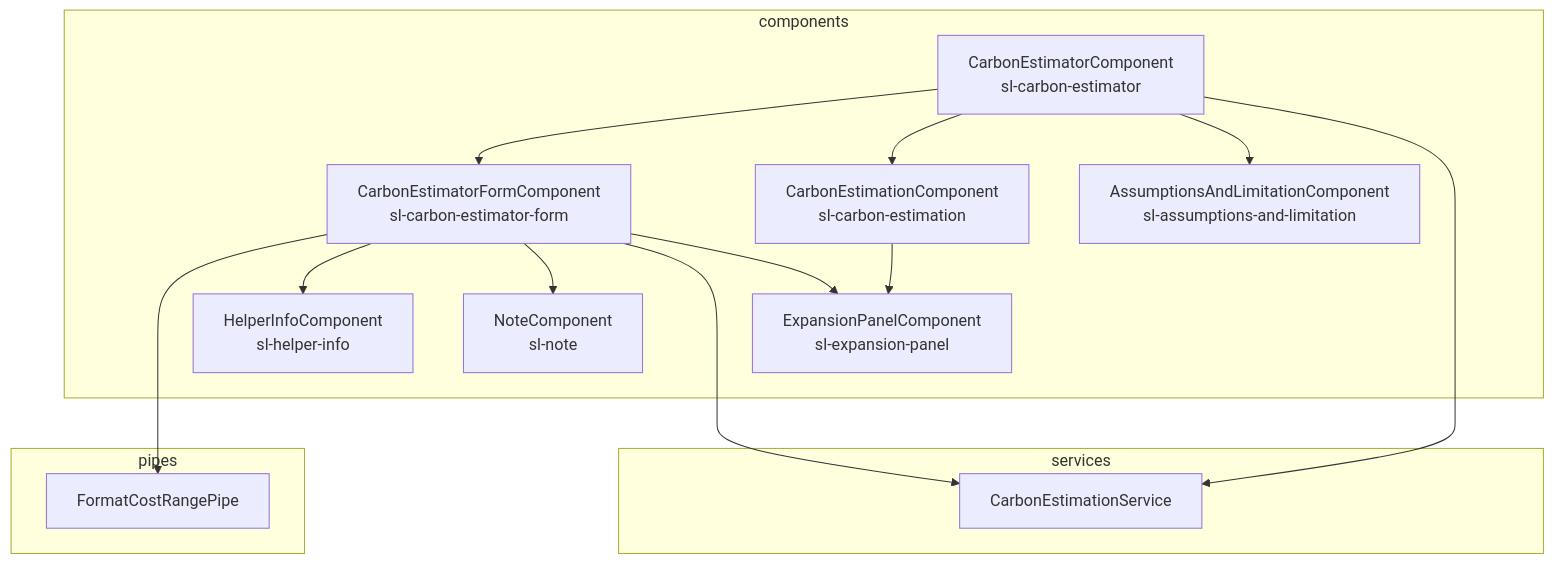
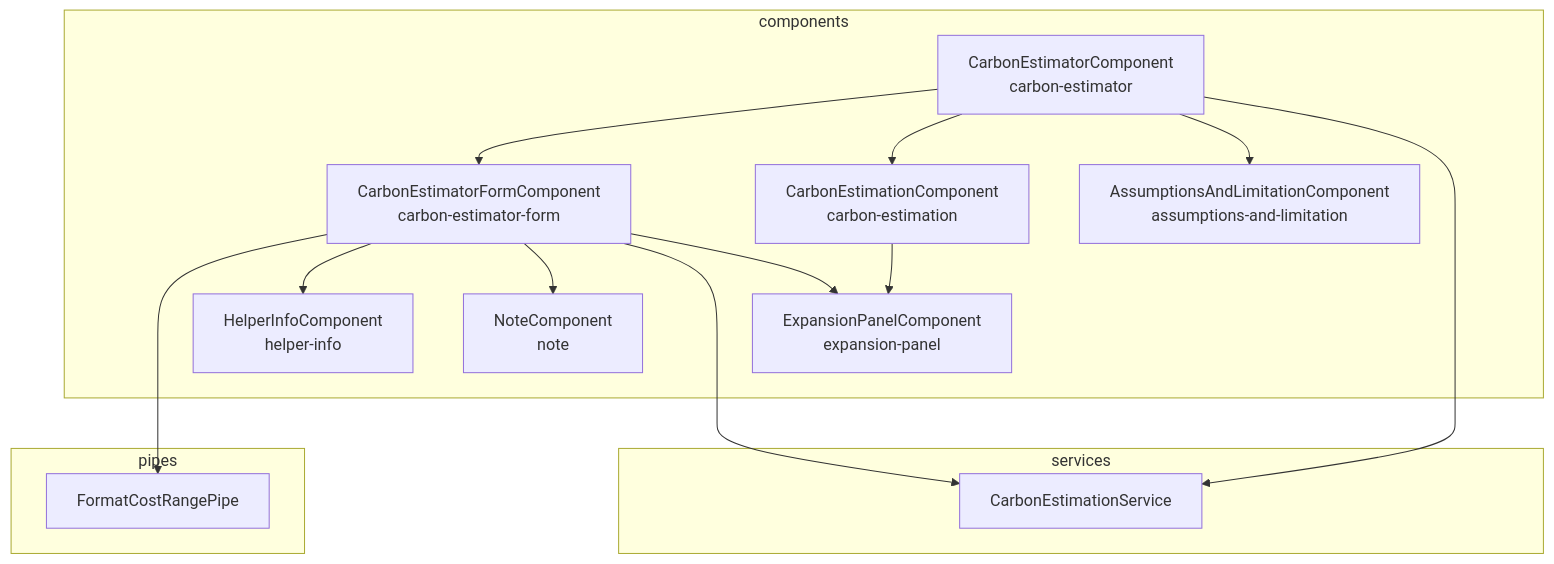
The diagram in docs/components.md (ScottLogic/sl-tech-carbon-estimator), drawn with Mermaid before and after one commit.

Commit message:
Remove sl prefix from docs

````diff
--- a/docs/components.md
+++ b/docs/components.md
@@ -5,31 +5,31 @@
 ```mermaid
 flowchart TB
   subgraph components
     CarbonEstimator["`CarbonEstimatorComponent
-    sl-carbon-estimator`"]
+    carbon-estimator`"]
     CarbonEstimatorForm["`CarbonEstimatorFormComponent
-    sl-carbon-estimator-form`"]
+    carbon-estimator-form`"]
     CarbonEstimation["`CarbonEstimationComponent
-    sl-carbon-estimation`"]
+    carbon-estimation`"]
     Assumptions["`AssumptionsAndLimitationComponent
-    sl-assumptions-and-limitation`"]
+    assumptions-and-limitation`"]
     HelperInfo["`HelperInfoComponent
-    sl-helper-info`"]
+    helper-info`"]
     Note["`NoteComponent
-    sl-note`"]
+    note`"]
     ExpansionPanel["`ExpansionPanelComponent
-    sl-expansion-panel`"]
+    expansion-panel`"]
   end
   subgraph services
     CarbonEstimationService
   end
   subgraph pipes
     FormatCostRangePipe
   end
 
   CarbonEstimator --> CarbonEstimatorForm & CarbonEstimation & Assumptions
   CarbonEstimatorForm ---> FormatCostRangePipe
   CarbonEstimatorForm --> HelperInfo & Note
   CarbonEstimator & CarbonEstimatorForm ---> CarbonEstimationService
   CarbonEstimatorForm & CarbonEstimation --> ExpansionPanel
 ```
````
